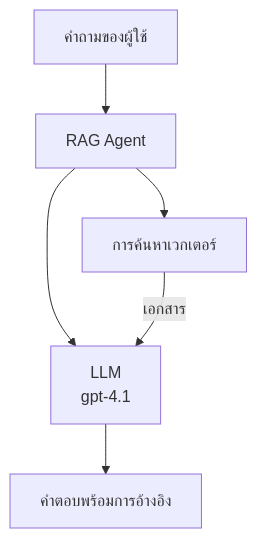
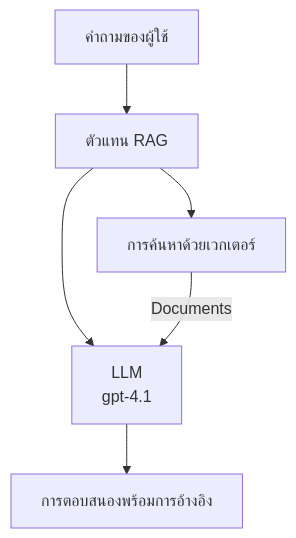
Before and after one commit to microsoft/AZD-for-beginners: the second of 3 diagrams in translations/th/docs/chapter-02-ai-development/agents.md, drawn with Mermaid. The commit also changed other lines of this file and 59 other files, not shown here.

````diff
--- a/translations/th/docs/chapter-02-ai-development/agents.md
+++ b/translations/th/docs/chapter-02-ai-development/agents.md
@@ -181,8 +181,8 @@
 ```mermaid
 graph TD
-    Query[คำถามของผู้ใช้] --> RAG[RAG Agent]
-    RAG --> Vector[การค้นหาเวกเตอร์]
+    Query[คำถามของผู้ใช้] --> RAG[ตัวแทน RAG]
+    RAG --> Vector[การค้นหาด้วยเวกเตอร์]
     RAG --> LLM[LLM<br/>gpt-4.1]
-    Vector -- เอกสาร --> LLM
-    LLM --> Response[คำตอบพร้อมการอ้างอิง]
+    Vector -- Documents --> LLM
+    LLM --> Response[การตอบสนองพร้อมการอ้างอิง]
 ```
````
